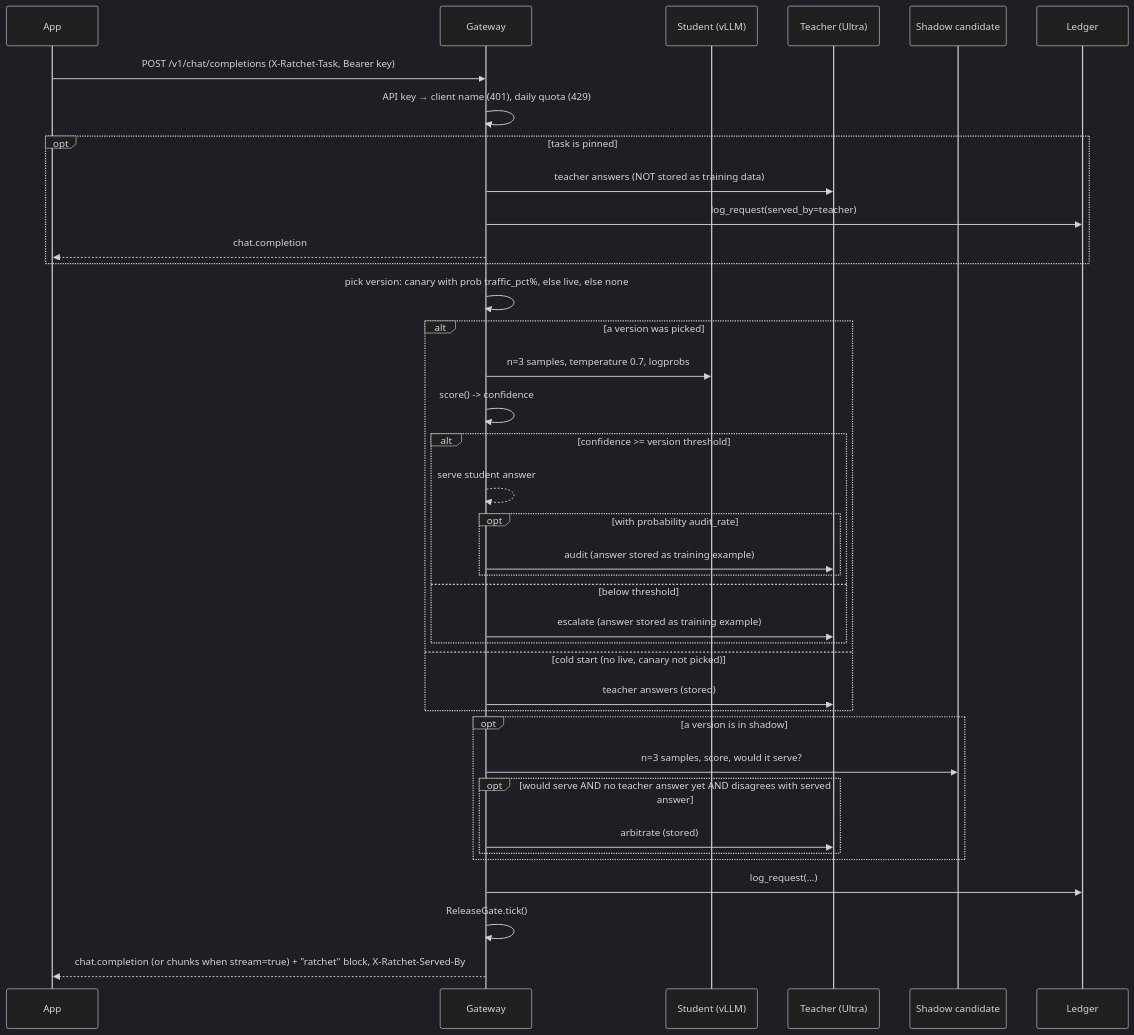
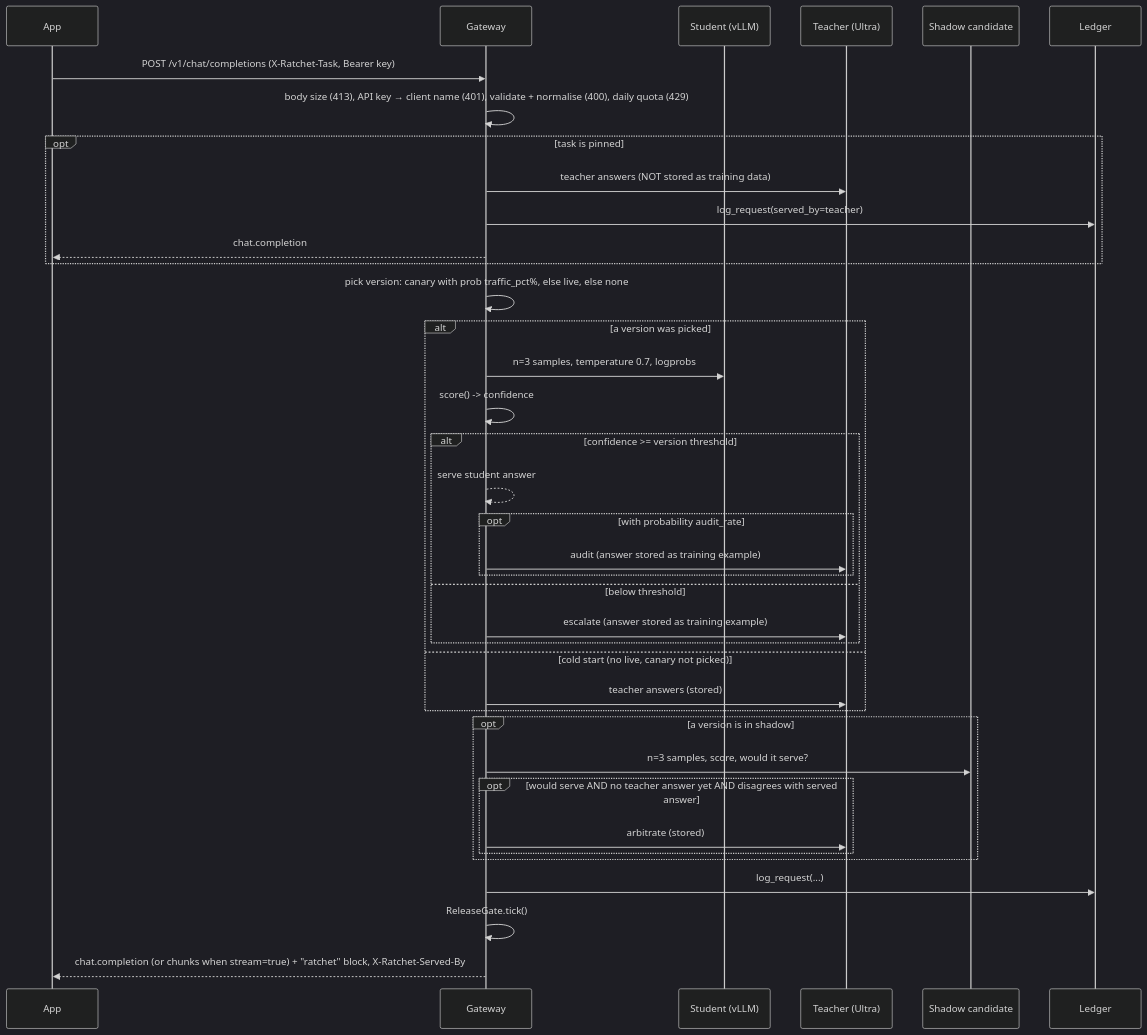
The first of 2 diagrams in docs/ARCHITECTURE.md (harshbhx/ratchet), drawn with Mermaid (dark theme) before and after one commit. The commit also changed other lines of this file and 31 other files, not shown here.

````diff
--- a/docs/ARCHITECTURE.md
+++ b/docs/ARCHITECTURE.md
@@ -70,40 +71,40 @@
 ```mermaid
 sequenceDiagram
     participant App
     participant GW as Gateway
     participant S as Student (vLLM)
     participant T as Teacher (Ultra)
     participant SH as Shadow candidate
     participant L as Ledger
     App->>GW: POST /v1/chat/completions (X-Ratchet-Task, Bearer key)
-    GW->>GW: API key → client name (401), daily quota (429)
+    GW->>GW: body size (413), API key → client name (401), validate + normalise (400), daily quota (429)
     opt task is pinned
         GW->>T: teacher answers (NOT stored as training data)
         GW->>L: log_request(served_by=teacher)
         GW-->>App: chat.completion
     end
     GW->>GW: pick version: canary with prob traffic_pct%, else live, else none
     alt a version was picked
         GW->>S: n=3 samples, temperature 0.7, logprobs
         GW->>GW: score() -> confidence
         alt confidence >= version threshold
             GW-->>GW: serve student answer
             opt with probability audit_rate
                 GW->>T: audit (answer stored as training example)
             end
         else below threshold
             GW->>T: escalate (answer stored as training example)
         end
     else cold start (no live, canary not picked)
         GW->>T: teacher answers (stored)
     end
     opt a version is in shadow
         GW->>SH: n=3 samples, score, would it serve?
         opt would serve AND no teacher answer yet AND disagrees with served answer
             GW->>T: arbitrate (stored)
         end
     end
     GW->>L: log_request(...)
     GW->>GW: ReleaseGate.tick()
     GW-->>App: chat.completion (or chunks when stream=true) + "ratchet" block, X-Ratchet-Served-By
 ```
````
